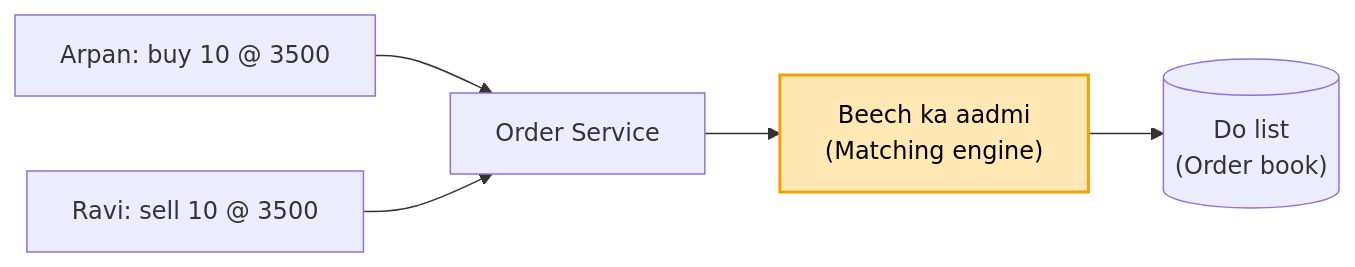
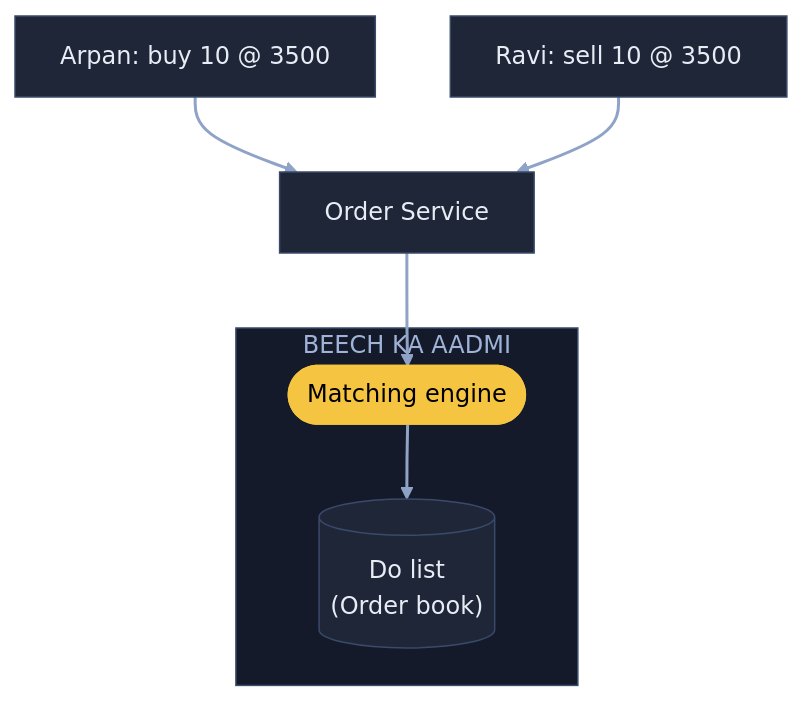
One commit to ArpanMaheshwari144/Prep changed the first of 9 diagrams in 04_HLD/SYSTEM_DESIGNS/05_stock_broker_trading/05_stock_broker_trading.md. Above: the diagram before and after it, drawn with Mermaid. The commit also changed other lines of this file, not shown here.

Commit message:
Stock: 9 diagram YouTube (reel) wale card andaaz me

````diff
--- a/04_HLD/SYSTEM_DESIGNS/05_stock_broker_trading/05_stock_broker_trading.md
+++ b/04_HLD/SYSTEM_DESIGNS/05_stock_broker_trading/05_stock_broker_trading.md
@@ -35,8 +35,20 @@
 ```mermaid
-flowchart LR
-    A["Arpan: buy 10 @ 3500"] --> O["Order Service"]
-    R["Ravi: sell 10 @ 3500"] --> O
-    O --> M["Beech ka aadmi<br/>(Matching engine)"]
-    M --> B[("Do list<br/>(Order book)")]
-    style M fill:#ffe8b3,stroke:#f59f00,stroke-width:2px,color:#000
+flowchart TB
+    A["Arpan: buy 10 @ 3500"]:::card
+    R["Ravi: sell 10 @ 3500"]:::card
+    O["Order Service"]:::card
+    subgraph BA["BEECH KA AADMI"]
+        M(["Matching engine"]):::pill
+        B[("Do list<br/>(Order book)")]:::card
+    end
+    A --> O
+    R --> O
+    O --> M
+    M --> B
+    linkStyle default stroke:#8fa3c7,stroke-width:2px
+    classDef card fill:#1e2638,stroke:#3a4a6b,color:#e8ecf5
+    classDef pill fill:#f5c542,stroke:#f5c542,color:#000
+    classDef good fill:#2e7d4f,stroke:#3fbf6f,color:#fff
+    classDef bad fill:#5c1f24,stroke:#e05561,color:#fff
+    style BA fill:#141a29,stroke:#3a4a6b,color:#9fb3d9
 ```
````
